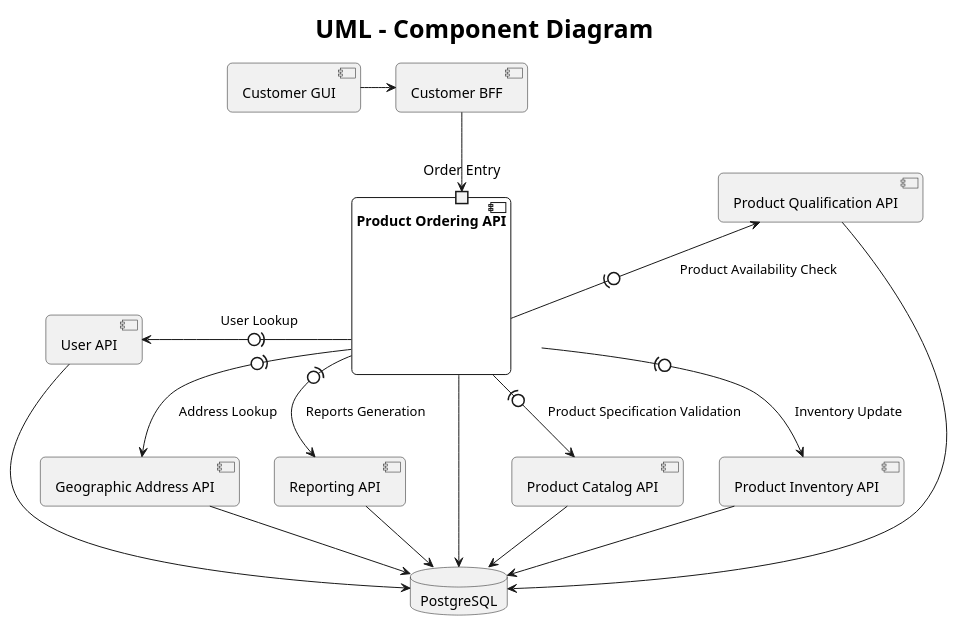
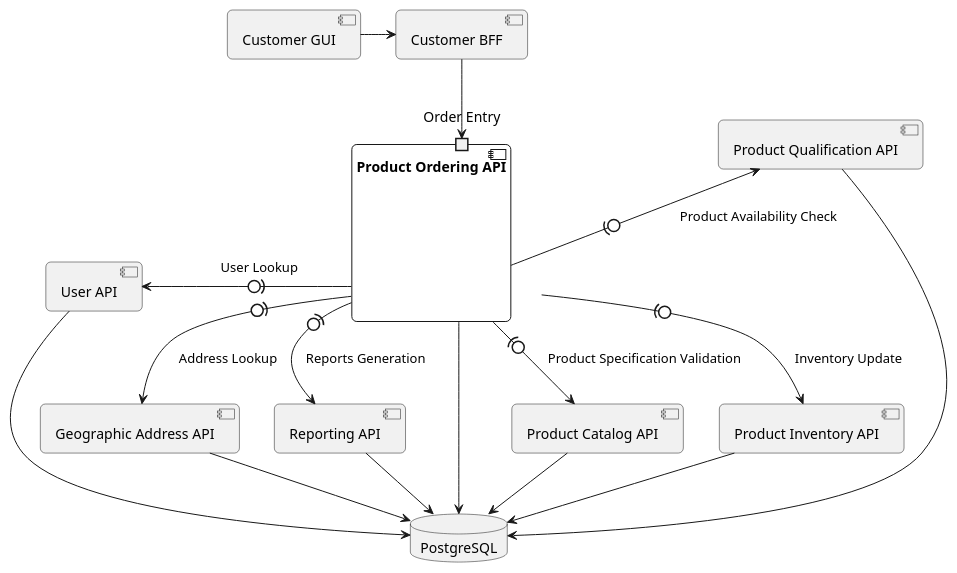
The diagram in uml/component/whole-system.puml (ensarhamzic/diplomski-rad-softversko-inzenjerstvo), drawn with PlantUML before and after one commit. The commit also changed 9 other files, not shown here.

Commit message:
remove titles from diagrams

```diff
--- a/uml/component/whole-system.puml
+++ b/uml/component/whole-system.puml
@@ -1,43 +1,38 @@
 @startuml
 
-skinparam titleFontSize 25
 skinparam roundCorner 10
-
-title
-UML - Component Diagram
-end title
 
 component "Product Ordering API" {
     port "Order Entry"
 }
 component "Product Catalog API"
 component "Product Inventory API"
 component "User API"
 component "Geographic Address API"
 component "Product Qualification API"
 component "Reporting API"
 
 component "Customer GUI"
 component "Customer BFF"
 
 database "PostgreSQL"
 
 "Product Ordering API" --> "PostgreSQL"
 "Product Qualification API" --> "PostgreSQL"
 "Product Inventory API" --> "PostgreSQL"
 "Product Catalog API" --> "PostgreSQL"
 "User API" --> "PostgreSQL"
 "Geographic Address API" --> "PostgreSQL"
 "Reporting API" --> "PostgreSQL"
 
 "Product Ordering API" -r(0-> "Product Catalog API" : "Product Specification Validation"
 "Product Ordering API" -u(0-> "Product Qualification API" : "Product Availability Check"
 "Product Ordering API" -(0-> "Geographic Address API" : "Address Lookup"
 "Product Ordering API" -(0-> "Reporting API" : "Reports Generation"
 "Product Ordering API" -(0-> "Product Inventory API" : "Inventory Update"
 "Product Ordering API" -l(0-> "User API" : "User Lookup"
 
 "Customer GUI" -> "Customer BFF"
  "Customer BFF" --> "Order Entry"
 
 @enduml
```
